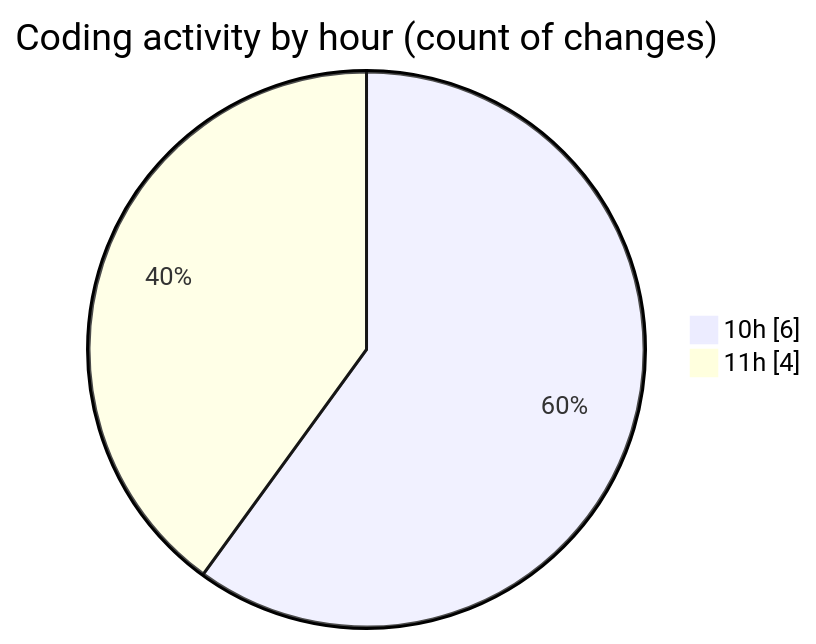
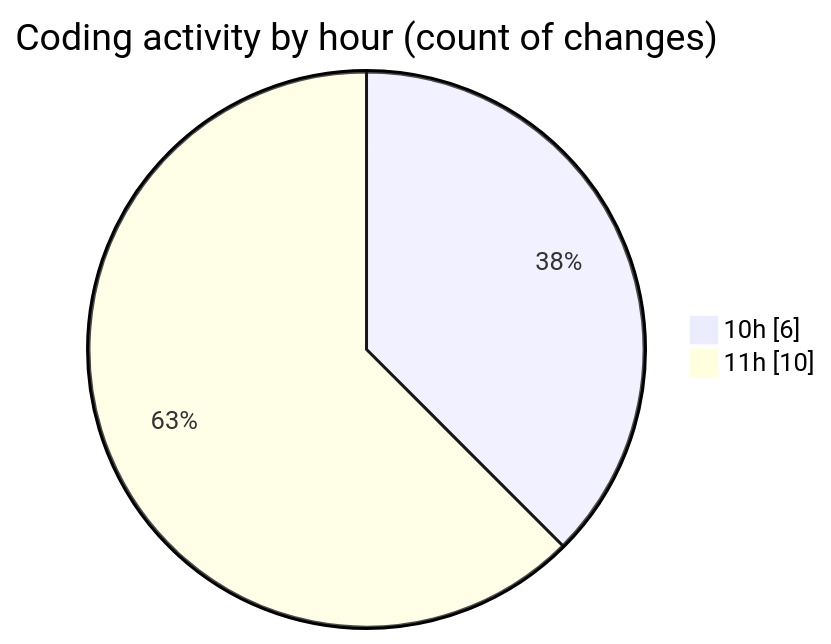
The second of 2 diagrams in 2025-05-05/nxtqube_webapp/README.md (nxtqubesakshisongat/code-tracking), drawn with Mermaid before and after one commit. The commit also changed other lines of this file and 1 other file, not shown here.

````diff
--- a/2025-05-05/nxtqube_webapp/README.md
+++ b/2025-05-05/nxtqube_webapp/README.md
@@ -28,6 +28,6 @@
 ```mermaid
 pie showData
 title Coding activity by hour (count of changes)
 "10h" : 6
-"11h" : 4
+"11h" : 10
 ```
````
